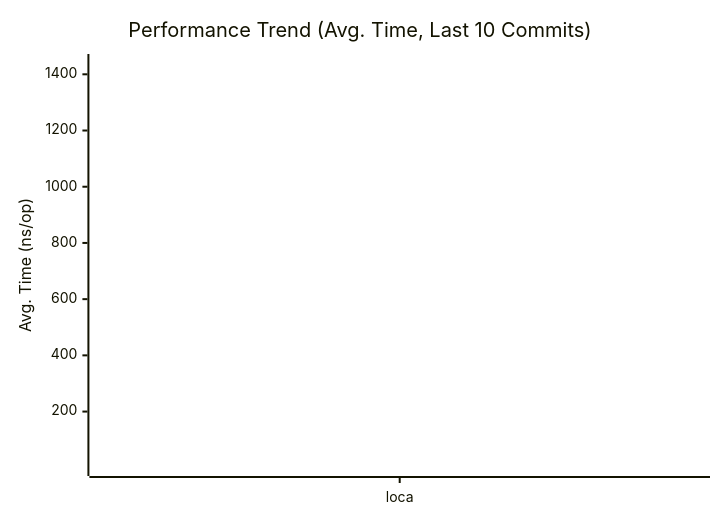
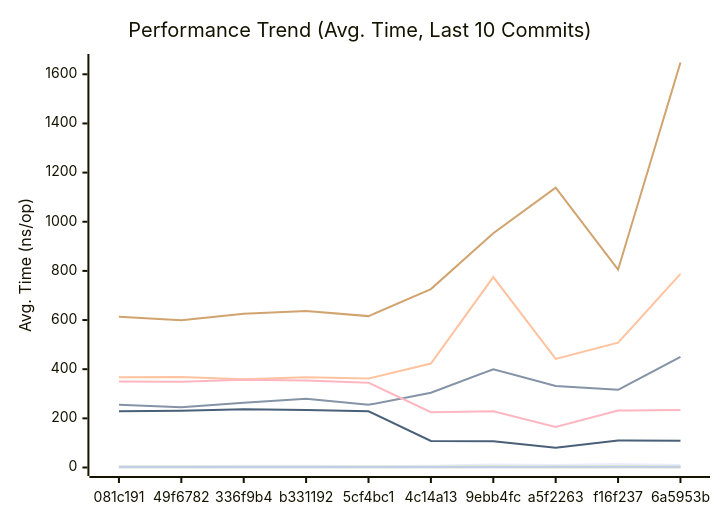
The first of 3 diagrams in docs/PERFORMANCE.md (alsotoes/momo), drawn with Mermaid before and after one commit. The commit also changed other lines of this file and 2 other files, not shown here.

````diff
--- a/docs/PERFORMANCE.md
+++ b/docs/PERFORMANCE.md
@@ -80,16 +80,16 @@
 ```mermaid
 xychart-beta
     title "Performance Trend (Avg. Time, Last 10 Commits)"
     x-axis "Commit"
     y-axis "Avg. Time (ns/op)"
-    x-axis [loca]
-    line "CheckMetricsAndSwap" [14,7,6,6,7,7,6,7,12,10]
-    line "CrushOptimized" [618,264,255,245,263,280,255,304,400,332]
-    line "CrushOriginal" [831,362,367,368,359,367,362,423,775,442]
-    line "IndexDirectTracking" [1,0,0,0,0,0,0,0,0,0]
-    line "IndexSearch" [4,3,3,3,3,3,3,3,4,3]
-    line "LoadGlobalConfig" [1442,632,613,599,626,637,616,726,953,1139]
-    line "PadString" [3,2,2,2,2,2,2,2,2,3]
+    x-axis [081c191,49f6782,336f9b4,b331192,5cf4bc1,4c14a13,9ebb4fc,a5f2263,f16f237,6a5953b]
+    line "CheckMetricsAndSwap" [6,6,7,7,6,7,12,10,14,10]
+    line "CrushOptimized" [255,245,263,280,255,304,400,332,316,450]
+    line "CrushOriginal" [367,368,359,367,362,423,775,442,508,788]
+    line "IndexDirectTracking" [0,0,0,0,0,0,0,0,0,0]
+    line "IndexSearch" [3,3,3,3,3,3,4,3,4,3]
+    line "LoadGlobalConfig" [613,599,626,637,616,726,953,1139,805,1648]
+    line "PadString" [2,2,2,2,2,2,2,3,3,3]
     line "ParseReplicationOrder_NoPrealloc" [350,349,357,354,345,225,229,165,232,234]
     line "ParseReplicationOrder_Prealloc" [229,231,237,234,229,108,107,80,110,109]
 ```
````
